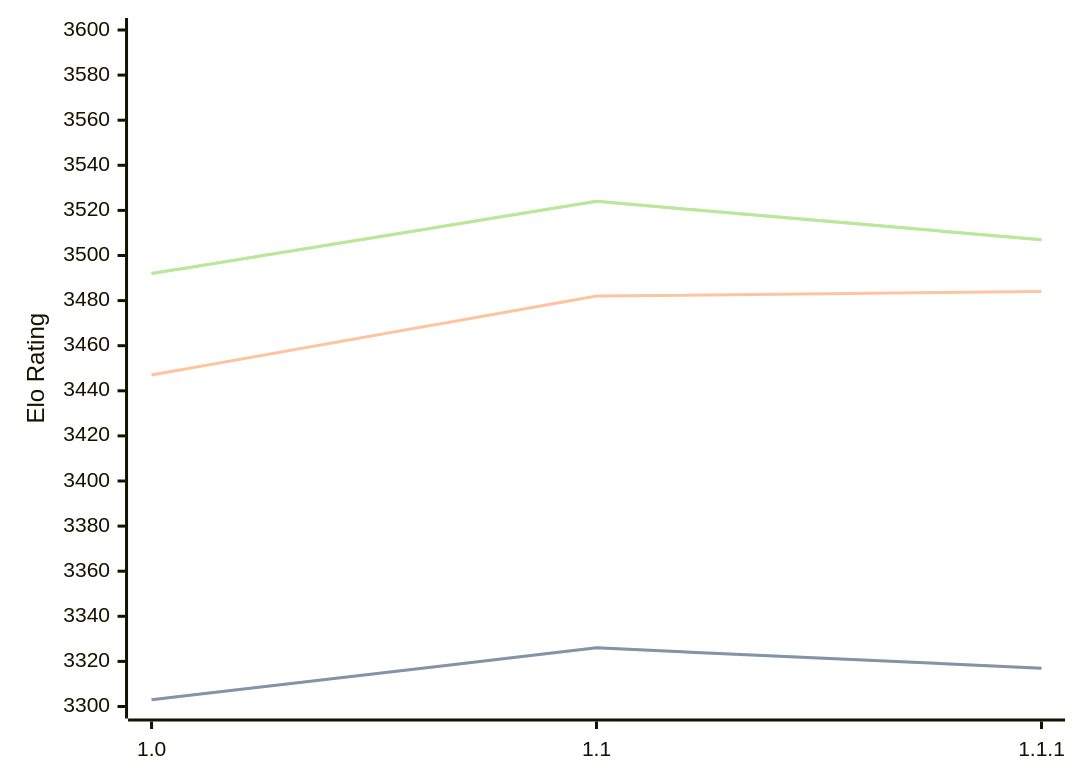
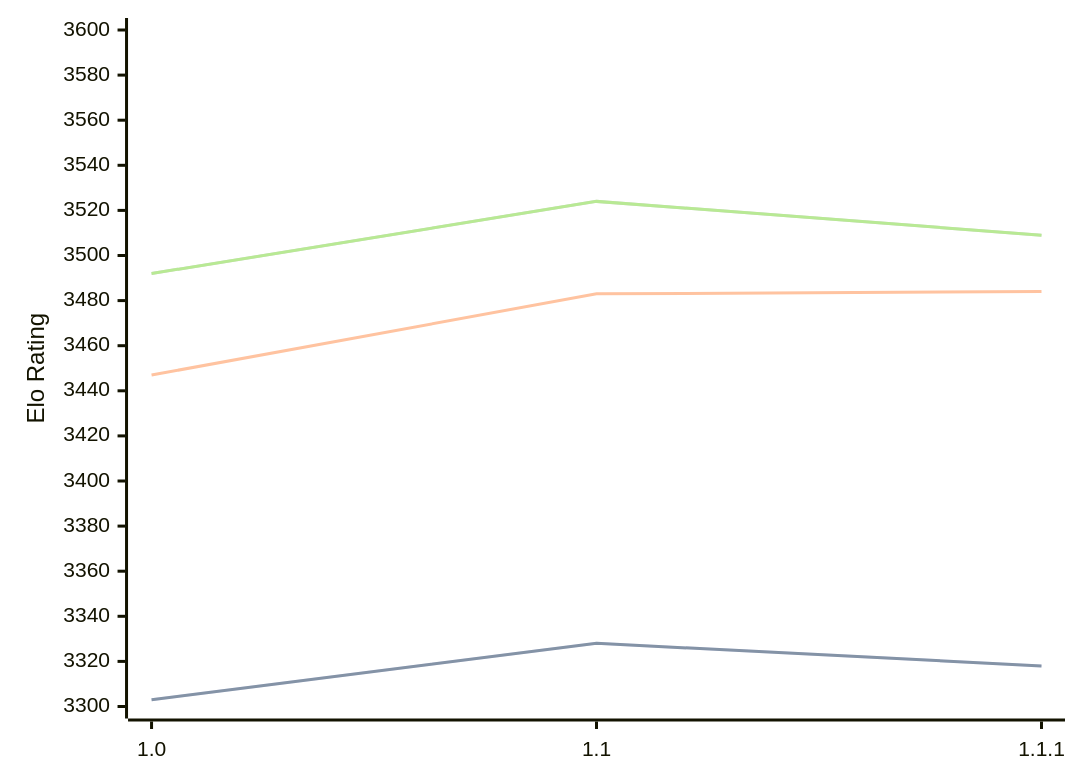
One commit to computer-chess-index/cci changed the diagram in engines/Icarus.md. Above: the diagram before and after it, drawn with Mermaid. The commit also changed other lines of this file, not shown here.

Commit message:
Update CCI Ratings (ELO VLTC) - 2026-07-31

````diff
--- a/engines/Icarus.md
+++ b/engines/Icarus.md
@@ -33,11 +33,11 @@
 ```mermaid
 %%{init: {"theme":"base","themeVariables":{"seriesColors:['#a3a3a3','#222221','#faa371']}}}%%
 xychart-beta
   x-axis ["1.0", "1.1", "1.1.1"]
   y-axis "Elo Rating" 3300 --> 3600
-  line "STC (8.0+0.08s)" [3303, 3326, 3317]
-  line "STC (8.0+0.08s)" [3303, 3326, 3317]
-  line "LTC (60.0+0.60s)" [3447, 3482, 3484]
-  line "VLTC (2m24s+1.12s)" [3492, 3524, 3507]
-  line "VLTC (2m24s+1.12s)" [3492, 3524, 3507]
+  line "STC (8.0+0.08s)" [3303, 3328, 3318]
+  line "STC (8.0+0.08s)" [3303, 3328, 3318]
+  line "LTC (60.0+0.60s)" [3447, 3483, 3484]
+  line "VLTC (2m24s+1.12s)" [3492, 3524, 3509]
+  line "VLTC (2m24s+1.12s)" [3492, 3524, 3509]
 ```
````
